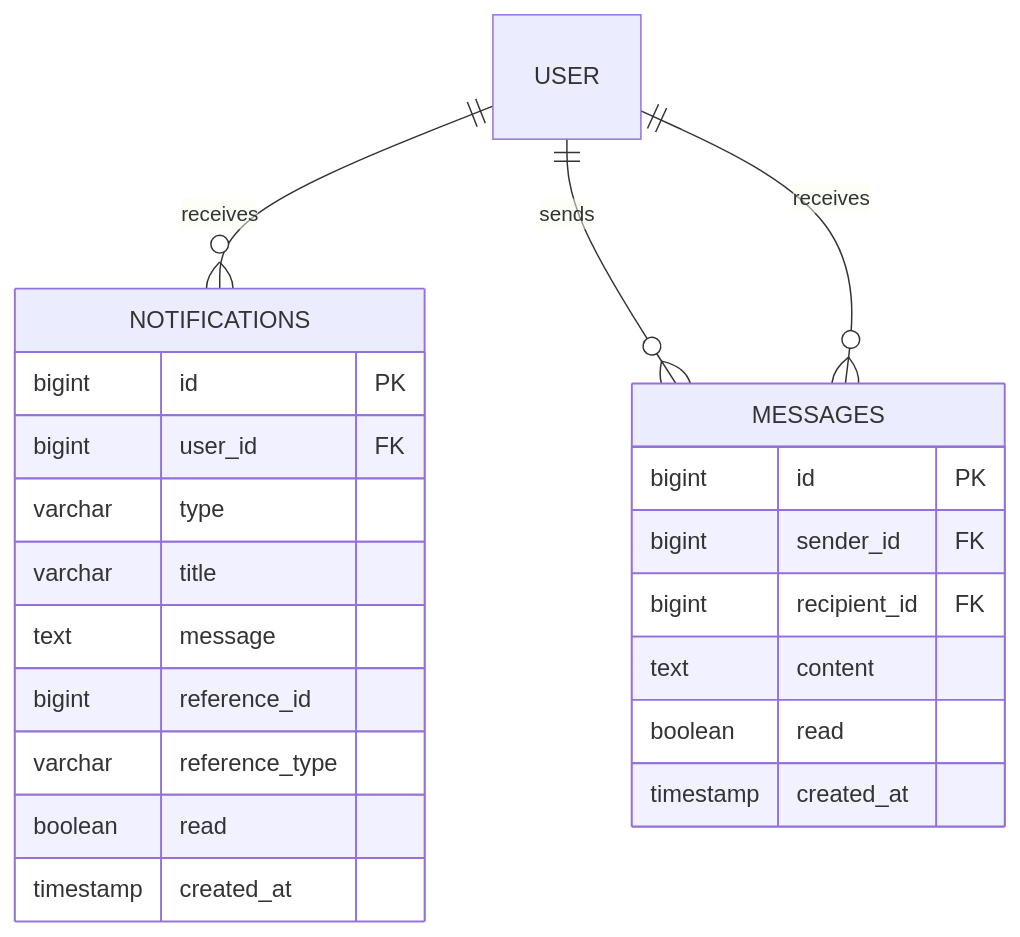
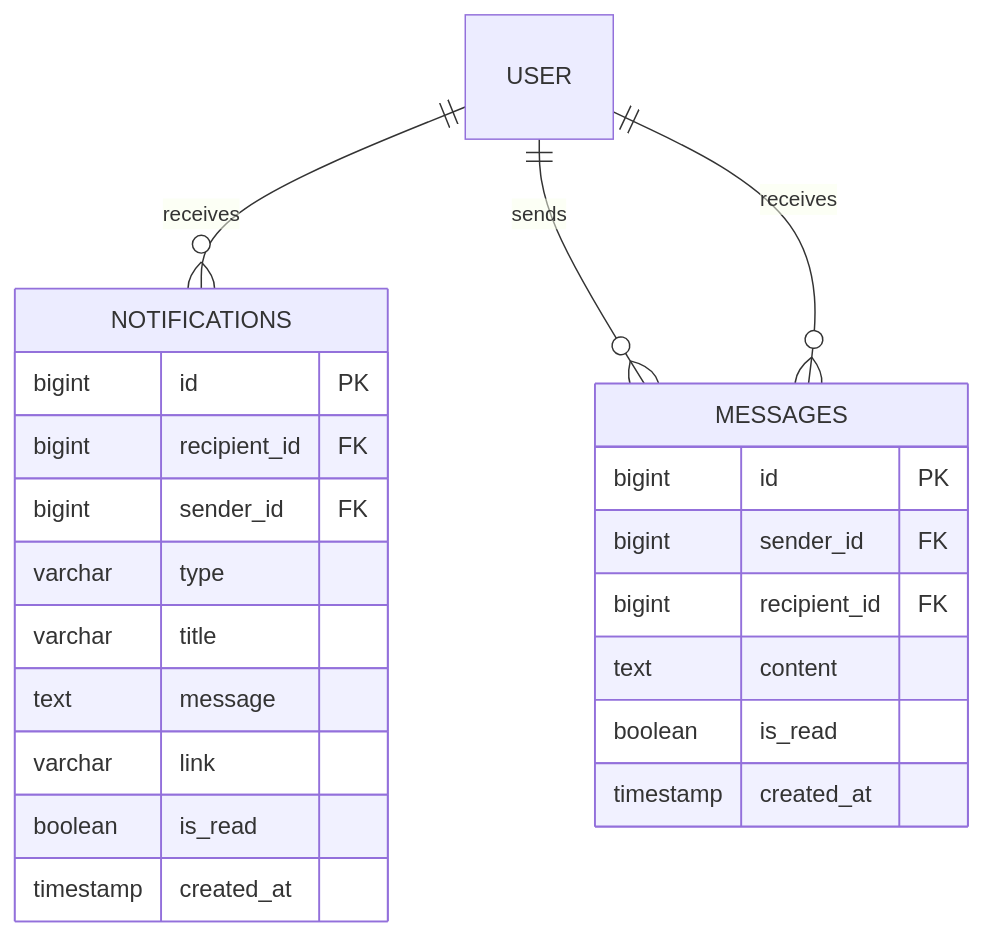
Before and after one commit to jlmonteiro/home-application: the sixth of 6 diagrams in docs/specification/design/database/schema.md, drawn with Mermaid. The commit also changed other lines of this file and 16 other files, not shown here.

````diff
--- a/docs/specification/design/database/schema.md
+++ b/docs/specification/design/database/schema.md
@@ -564,27 +594,27 @@
 ```mermaid
 erDiagram
     USER ||--o{ NOTIFICATIONS : "receives"
     USER ||--o{ MESSAGES : "sends"
     USER ||--o{ MESSAGES : "receives"
 
     NOTIFICATIONS {
         bigint id PK
-        bigint user_id FK
+        bigint recipient_id FK
+        bigint sender_id FK
         varchar type
         varchar title
         text message
-        bigint reference_id
-        varchar reference_type
-        boolean read
+        varchar link
+        boolean is_read
         timestamp created_at
     }
 
     MESSAGES {
         bigint id PK
         bigint sender_id FK
         bigint recipient_id FK
         text content
-        boolean read
+        boolean is_read
         timestamp created_at
     }
 ```
````
